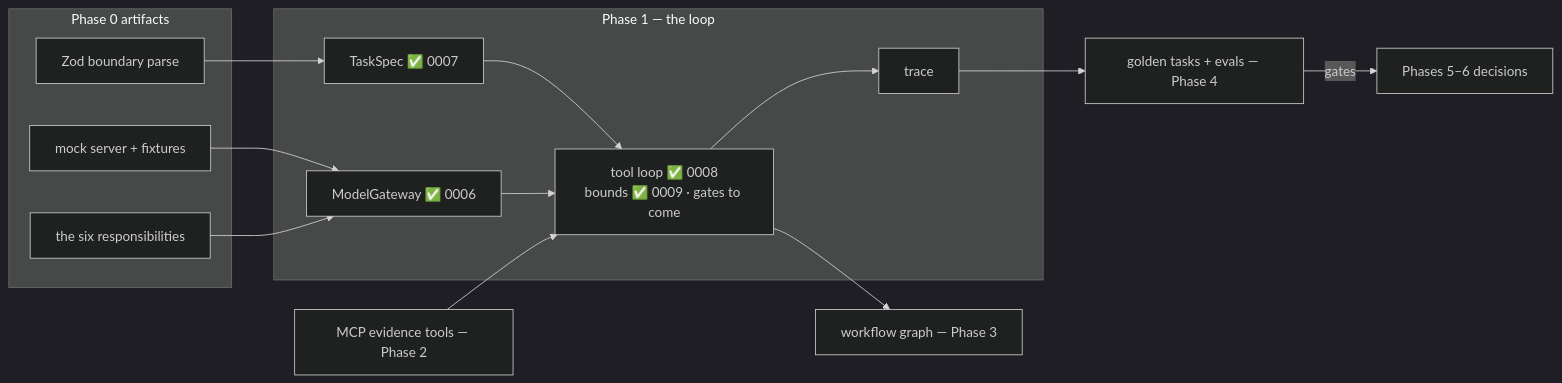
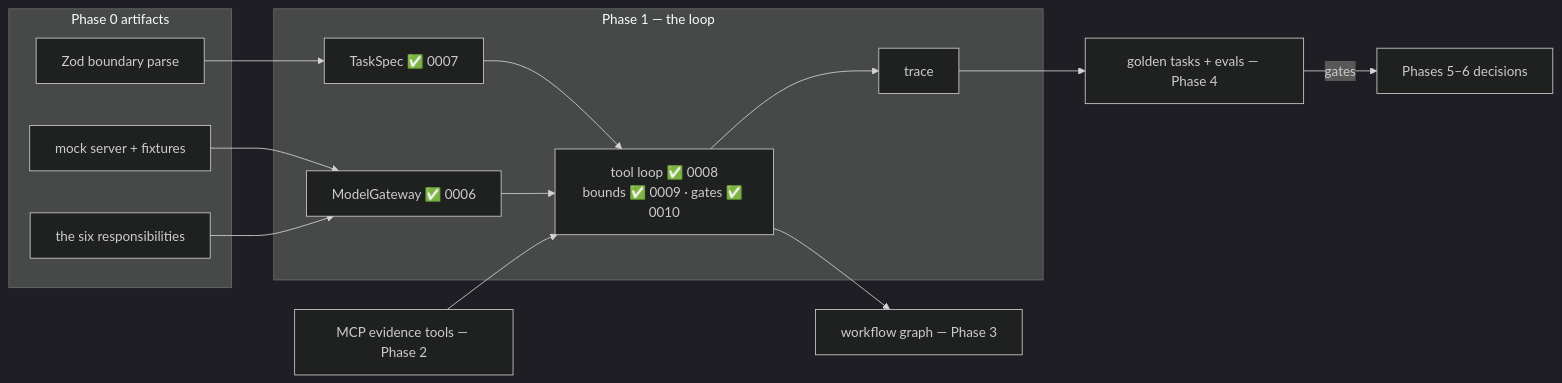
The fourth of 4 diagrams in wiki/course/course-module-graph.md (JozsefKiss90/TS), drawn with Mermaid (dark theme) before and after one commit. The commit also changed other lines of this file and 17 other files, not shown here.

````diff
--- a/wiki/course/course-module-graph.md
+++ b/wiki/course/course-module-graph.md
@@ -77,24 +77,24 @@
 ```mermaid
 flowchart LR
     subgraph PH0["Phase 0 artifacts"]
         MOCK["mock server + fixtures"]
         SIX["the six responsibilities"]
         ZOD["Zod boundary parse"]
     end
     subgraph PH1["Phase 1 — the loop"]
         GWY["ModelGateway ✅ 0006"]
         SPEC["TaskSpec ✅ 0007"]
-        TLOOP["tool loop ✅ 0008<br/>bounds ✅ 0009 · gates to come"]
+        TLOOP["tool loop ✅ 0008<br/>bounds ✅ 0009 · gates ✅ 0010"]
         TR["trace"]
     end
     MOCK --> GWY
     SIX --> GWY
     ZOD --> SPEC
     SPEC --> TLOOP
     GWY --> TLOOP
     TLOOP --> TR
     EV["MCP evidence tools — Phase 2"] --> TLOOP
     TLOOP --> WG["workflow graph — Phase 3"]
     TR --> EVAL["golden tasks + evals — Phase 4"]
     EVAL -->|"gates"| P5P6["Phases 5–6 decisions"]
 ```
````
